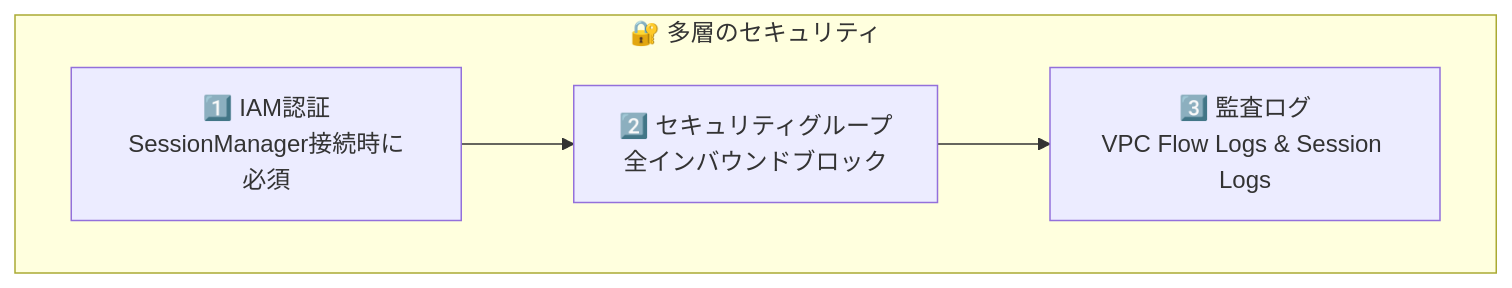
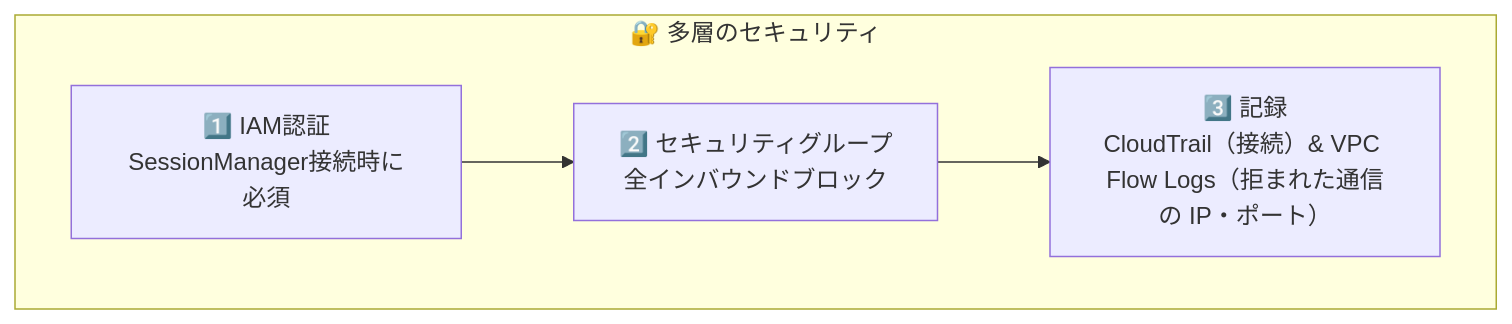
One commit to sukekyo26/ec2-workstation changed the third of 4 diagrams in README.md. Above: the diagram before and after it, drawn with Mermaid. The commit also changed other lines of this file and 7 other files, not shown here.

````diff
--- a/README.md
+++ b/README.md
@@ -128,9 +126,9 @@
 ```mermaid
 flowchart TB
     subgraph Security["🔐 多層のセキュリティ"]
         L1["1️⃣ IAM認証<br/>SessionManager接続時に必須"]
         L2["2️⃣ セキュリティグループ<br/>全インバウンドブロック"]
-        L3["3️⃣ 監査ログ<br/>VPC Flow Logs & Session Logs"]
+        L3["3️⃣ 記録<br/>CloudTrail（接続）& VPC Flow Logs（拒まれた通信の IP・ポート）"]
     end
     L1 --> L2 --> L3
 ```
````
